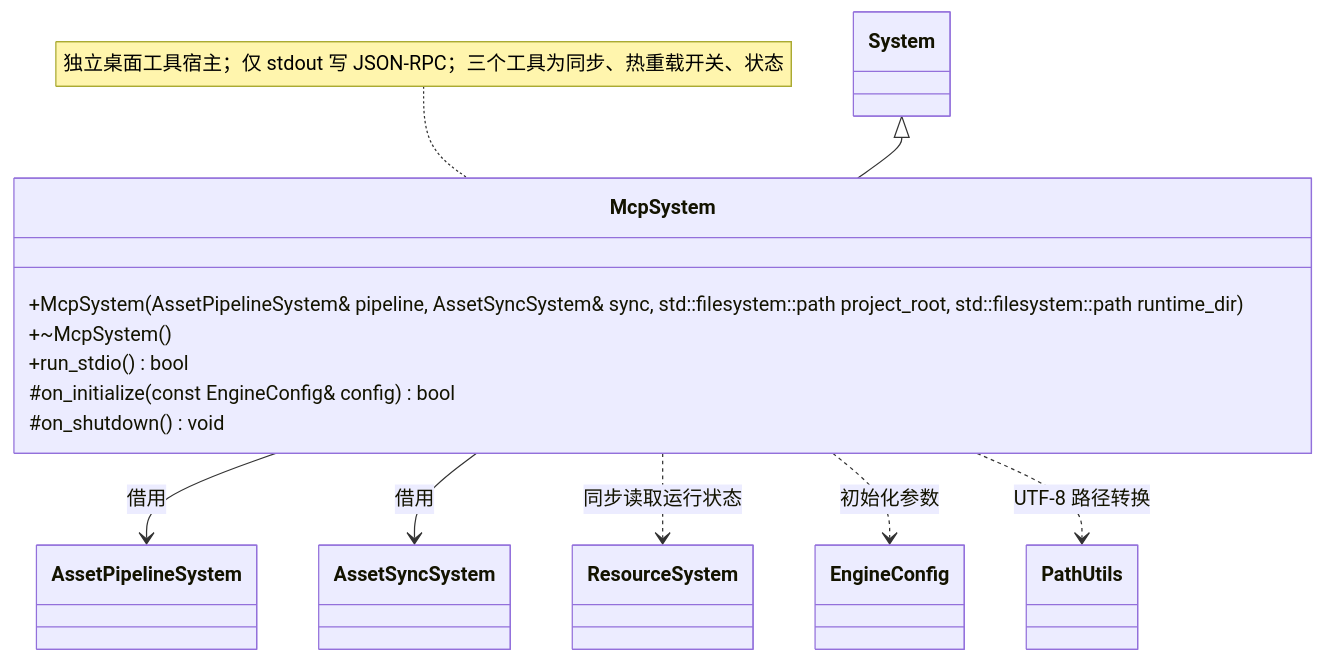
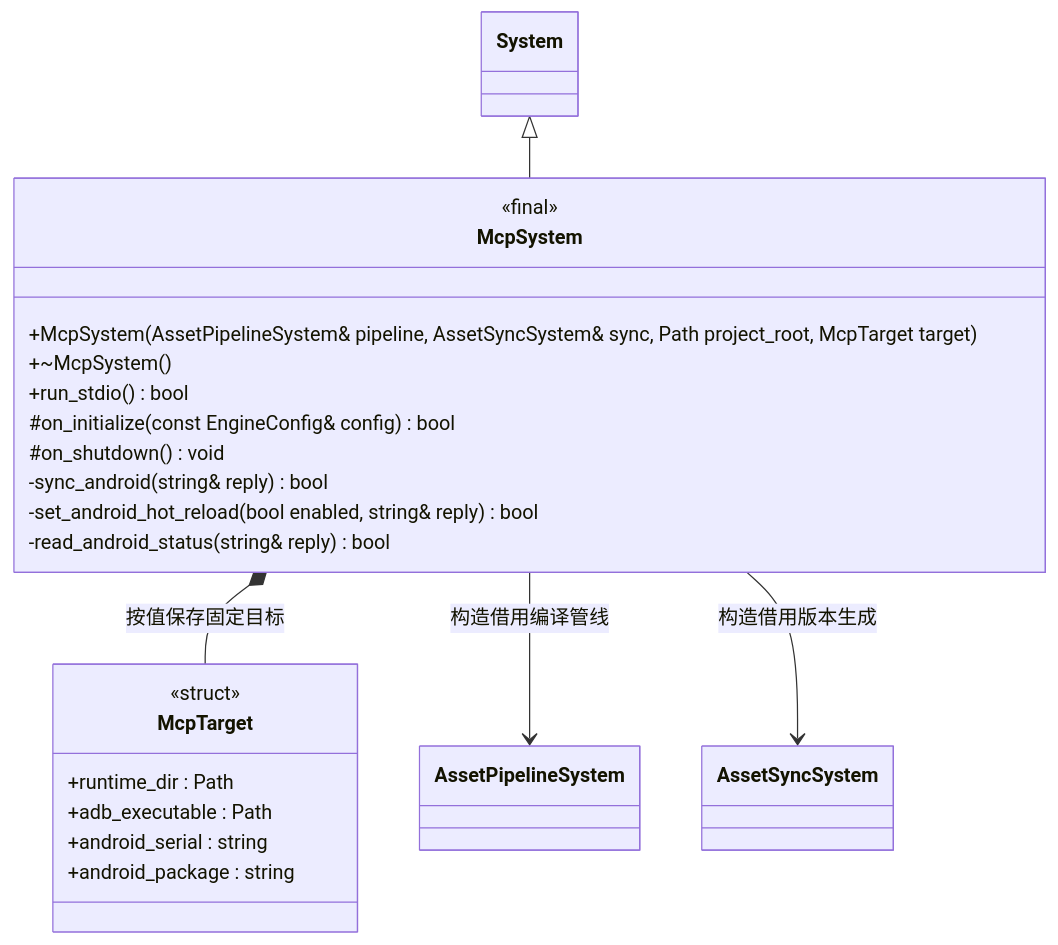
One commit to lcals/Engine changed the first of 3 diagrams in docs/plugins/class-diagrams/mcp-system.md. Above: the diagram before and after it, drawn with Mermaid. The commit also changed other lines of this file and 34 other files, not shown here.

Commit message:
feat(android): run packaged scripts and synchronize assets through adb

````diff
--- a/docs/plugins/class-diagrams/mcp-system.md
+++ b/docs/plugins/class-diagrams/mcp-system.md
@@ -7,24 +7,29 @@
 ```mermaid
 classDiagram
     direction TB
+    class McpTarget {
+        <<struct>>
+        +runtime_dir : Path
+        +adb_executable : Path
+        +android_serial : string
+        +android_package : string
+    }
     class McpSystem {
-        +McpSystem(AssetPipelineSystem& pipeline, AssetSyncSystem& sync, std::filesystem::path project_root, std::filesystem::path runtime_dir)
+        <<final>>
+        +McpSystem(AssetPipelineSystem& pipeline, AssetSyncSystem& sync, Path project_root, McpTarget target)
         +~McpSystem()
         +run_stdio() bool
         #on_initialize(const EngineConfig& config) bool
         #on_shutdown() void
+        -sync_android(string& reply) bool
+        -set_android_hot_reload(bool enabled, string& reply) bool
+        -read_android_status(string& reply) bool
     }
     class System
     class AssetPipelineSystem
     class AssetSyncSystem
-    class ResourceSystem
-    class EngineConfig
     System <|-- McpSystem
-    McpSystem --> AssetPipelineSystem : 借用
-    McpSystem --> AssetSyncSystem : 借用
-    McpSystem ..> ResourceSystem : 同步读取运行状态
-    McpSystem ..> EngineConfig : 初始化参数
-    note for McpSystem "独立桌面工具宿主；仅 stdout 写 JSON-RPC；三个工具为同步、热重载开关、状态"
-    class PathUtils
-    McpSystem ..> PathUtils : UTF-8 路径转换
+    McpSystem *-- McpTarget : 按值保存固定目标
+    McpSystem --> AssetPipelineSystem : 构造借用编译管线
+    McpSystem --> AssetSyncSystem : 构造借用版本生成
 ```
````
